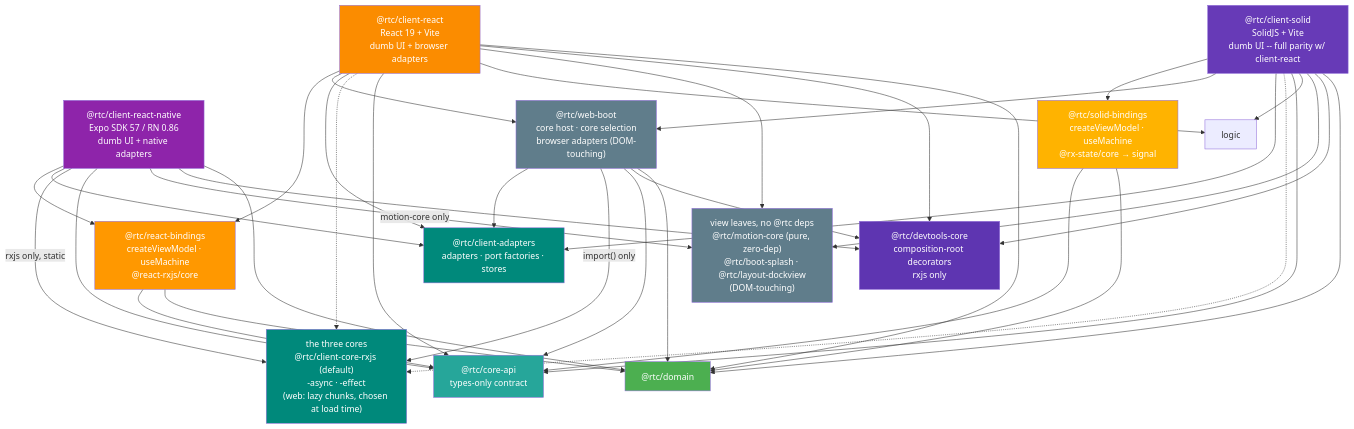
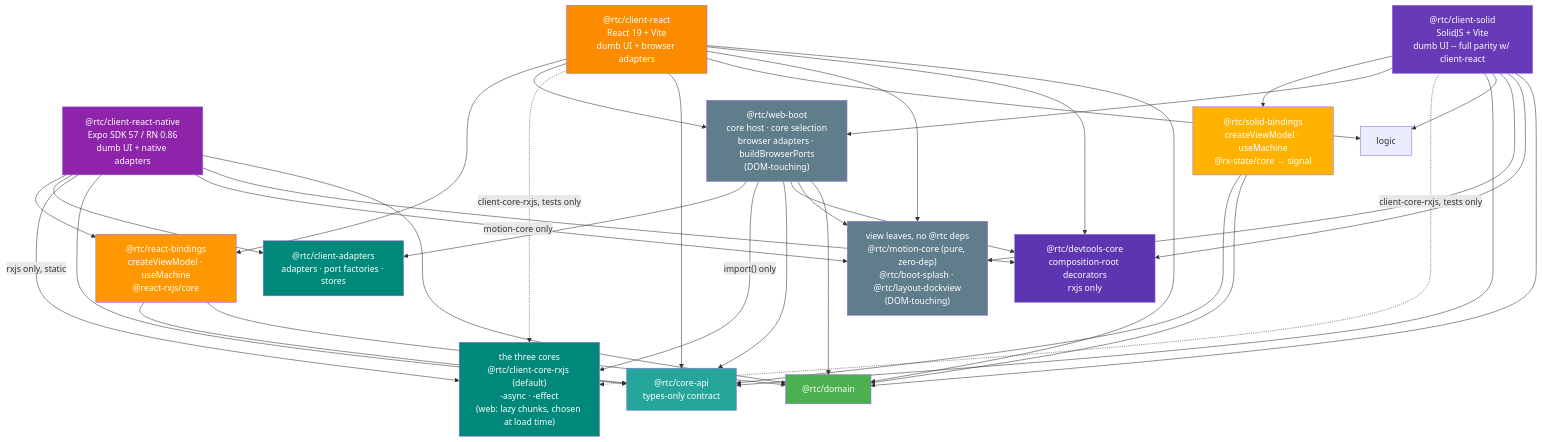
One commit to bettersoftware-io/ReactiveTraderCloudClone changed the first of 4 diagrams in docs/architecture/06-package-dependencies.md. Above: the diagram before and after it, drawn with Mermaid. The commit also changed other lines of this file and 38 other files, not shown here.

First line of the commit message:
docs: buildBrowserPorts and the devtools hub factory live in @rtc/web-boot

````diff
--- a/docs/architecture/06-package-dependencies.md
+++ b/docs/architecture/06-package-dependencies.md
@@ -9,75 +9,73 @@
 ```mermaid
 graph TB
     webc["@rtc/client-react<br/>React 19 + Vite<br/>dumb UI + browser adapters"]
     solidc["@rtc/client-solid<br/>SolidJS + Vite<br/>dumb UI -- full parity w/ client-react"]
     rnc["@rtc/client-react-native<br/>Expo SDK 57 / RN 0.86<br/>dumb UI + native adapters"]
 
     rb["@rtc/react-bindings<br/>createViewModel · useMachine<br/>@react-rxjs/core"]
     sb["@rtc/solid-bindings<br/>createViewModel · useMachine<br/>@rx-state/core → signal"]
 
-    wb["@rtc/web-boot<br/>core host · core selection<br/>browser adapters (DOM-touching)"]
+    wb["@rtc/web-boot<br/>core host · core selection<br/>browser adapters · buildBrowserPorts<br/>(DOM-touching)"]
 
     core["@rtc/client-adapters<br/>adapters · port factories · stores"]
     alts["the three cores<br/>@rtc/client-core-rxjs (default)<br/>-async · -effect<br/>(web: lazy chunks, chosen at load time)"]
     api["@rtc/core-api<br/>types-only contract"]
 
     leaves["view leaves, no @rtc deps<br/>@rtc/motion-core (pure, zero-dep)<br/>@rtc/boot-splash · @rtc/layout-dockview<br/>(DOM-touching)"]
     dtcore["@rtc/devtools-core<br/>composition-root decorators<br/>rxjs only"]
     domain["@rtc/domain"]
 
     webc --> rb
     webc --> wb
-    webc --> core
-    webc -.-> alts
+    webc -.->|"client-core-rxjs, tests only"| alts
     webc --> api
     webc --> logic
     webc --> leaves
     webc --> dtcore
     webc --> domain
     solidc --> sb
     solidc --> wb
-    solidc --> core
-    solidc -.-> alts
+    solidc -.->|"client-core-rxjs, tests only"| alts
     solidc --> api
     solidc --> logic
     solidc --> leaves
     solidc --> dtcore
     solidc --> domain
     rnc --> rb
     rnc --> core
     rnc -->|"rxjs only, static"| alts
     rnc --> api
     rnc -->|"motion-core only"| leaves
     rnc --> dtcore
     rnc --> domain
     rb --> api
     rb --> domain
     sb --> api
     sb --> domain
     wb --> core
     wb -->|"import() only"| alts
     wb --> api
     wb --> dtcore
+    wb --> leaves
     wb --> domain
 
     %% Invisible rank constraints -- keep each rank to four boxes (tall, not wide)
     rb ~~~ alts
     sb ~~~ leaves
-    wb ~~~ leaves
     sb ~~~ dtcore
     core ~~~ api
     core ~~~ domain
 
     style webc fill:#FB8C00,color:#fff
     style solidc fill:#673AB7,color:#fff
     style rnc fill:#8E24AA,color:#fff
     style rb fill:#FF9800,color:#fff
     style sb fill:#FFB300,color:#fff
     style wb fill:#607D8B,color:#fff
     style core fill:#00897B,color:#fff
     style alts fill:#00897B,color:#fff
     style api fill:#26A69A,color:#fff
     style leaves fill:#607D8B,color:#fff
     style dtcore fill:#5E35B1,color:#fff
     style domain fill:#4CAF50,color:#fff
 ```
````
